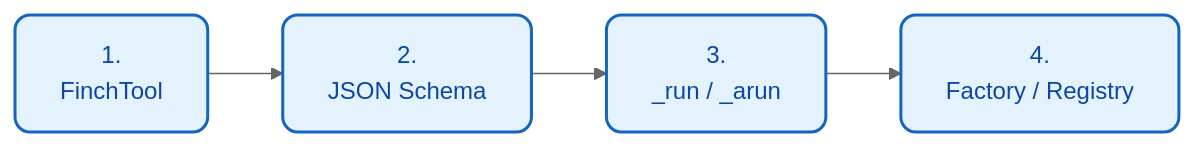
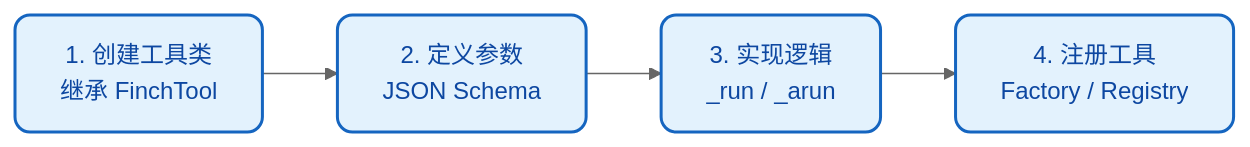
Before and after one commit to xt765/FinchBot: the first of 4 diagrams in docs/zh-CN/guide/extension.md, drawn with Mermaid (neutral theme). The commit also changed other lines of this file and 10 other files, not shown here.

````diff
--- a/docs/zh-CN/guide/extension.md
+++ b/docs/zh-CN/guide/extension.md
@@ -21,8 +21,8 @@
 ```mermaid
 flowchart LR
     classDef step fill:#e3f2fd,stroke:#1565c0,stroke-width:2px,color:#0d47a1,rx:10,ry:10;
 
-    A["1. <br/> FinchTool"]:::step --> B["2. <br/>JSON Schema"]:::step
-    B --> C["3. <br/>_run / _arun"]:::step
-    C --> D["4. <br/>Factory / Registry"]:::step
+    A["1. 创建工具类<br/>继承 FinchTool"]:::step --> B["2. 定义参数<br/>JSON Schema"]:::step
+    B --> C["3. 实现逻辑<br/>_run / _arun"]:::step
+    C --> D["4. 注册工具<br/>Factory / Registry"]:::step
 ```
````
